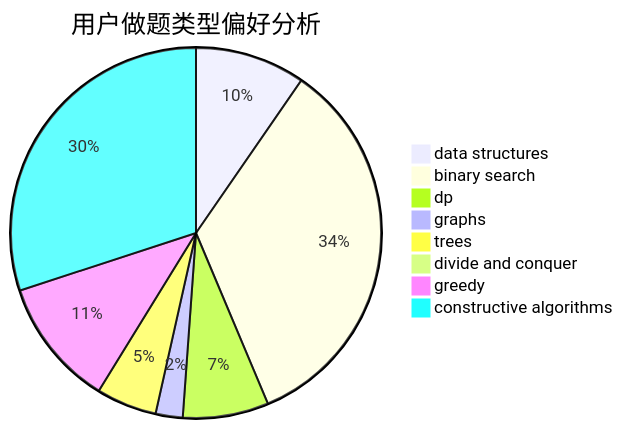
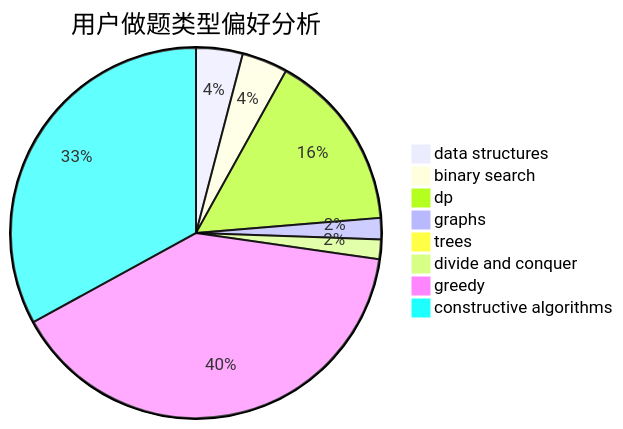
The second of 3 diagrams in docs/user/u1673.md (sherpahu/cfrs.github.io), drawn with Mermaid before and after one commit. The commit also changed other lines of this file and 2770 other files, not shown here.

````diff
--- a/docs/user/u1673.md
+++ b/docs/user/u1673.md
@@ -23,11 +23,11 @@
 ```mermaid
 pie title 用户做题类型偏好分析
-    "data structures" :  122
-    "binary search" :  432
-    "dp" :  95
-    "graphs" :  30
-    "trees" :  67
-    "divide and conquer" :  0
-    "greedy" :  142
-    "constructive algorithms" :  381
+    "data structures" :  57
+    "binary search" :  56
+    "dp" :  219
+    "graphs" :  26
+    "trees" :  3
+    "divide and conquer" :  24
+    "greedy" :  557
+    "constructive algorithms" :  462
 ```
````
